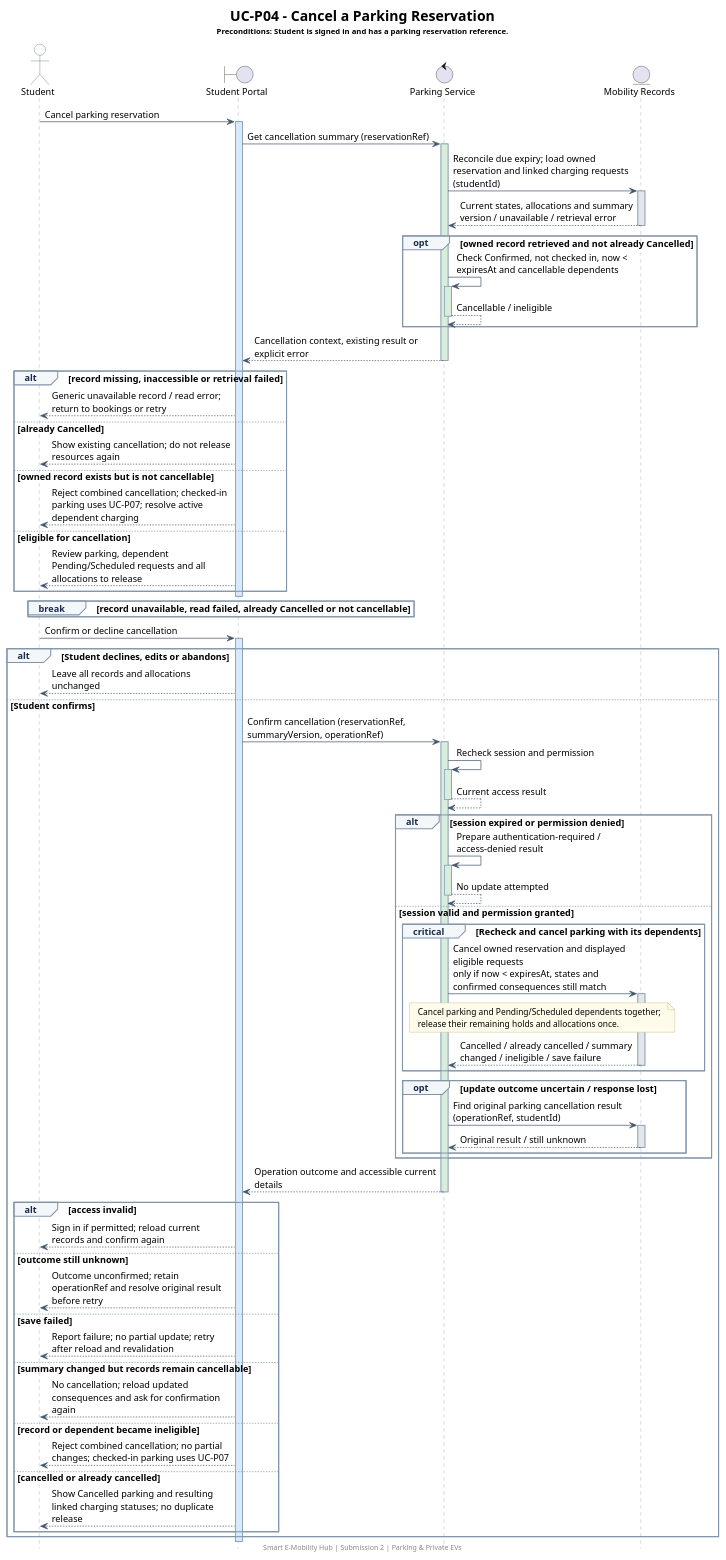
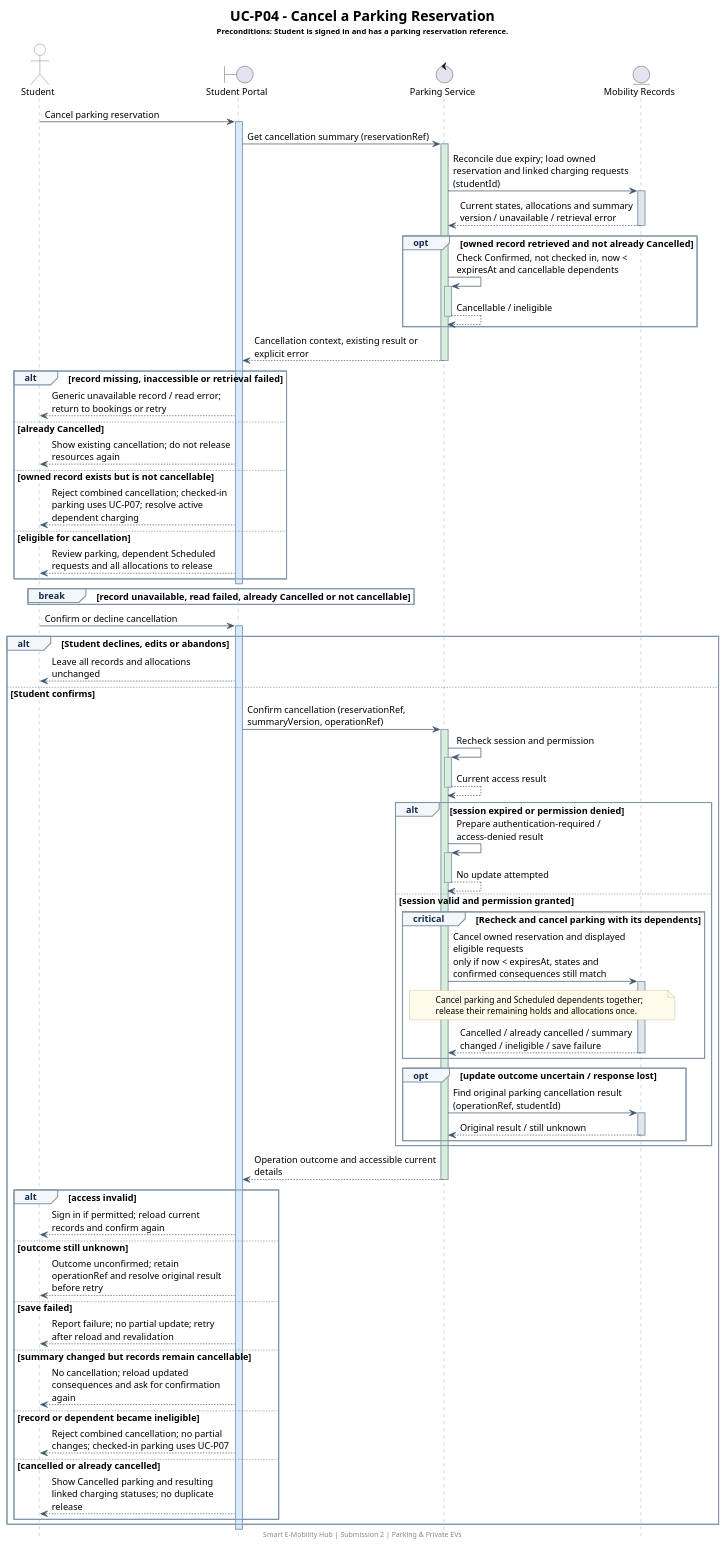
Before and after one commit to thanhpham1108/smart-e-mobility-hub: the diagram in docs/submission-2/sequence-diagrams/parking-private-ev/SD_CancelParkingReservation.puml, drawn with PlantUML. The commit also changed 59 other files, not shown here.

```diff
--- a/docs/submission-2/sequence-diagrams/parking-private-ev/SD_CancelParkingReservation.puml
+++ b/docs/submission-2/sequence-diagrams/parking-private-ev/SD_CancelParkingReservation.puml
@@ -1,124 +1,124 @@
 @startuml
 skinparam backgroundColor #FFFFFF
 skinparam shadowing false
 skinparam defaultFontName SansSerif
 skinparam defaultFontSize 13
 skinparam titleFontSize 20
 skinparam maxMessageSize 260
 skinparam ParticipantPadding 24
 skinparam BoxPadding 12
 skinparam sequence {
   ArrowColor #42566B
   LifeLineBorderColor #8295A8
   LifeLineBackgroundColor #D8EAFE
   ActivationBorderColor #42566B
   ParticipantBorderColor #42566B
   ParticipantBackgroundColor #E8F1FA
   ParticipantFontColor #172B4D
   ActorBorderColor #42566B
   ActorBackgroundColor #FFFFFF
   GroupBorderColor #8295A8
   GroupBackgroundColor #F4F7FA
   GroupHeaderFontColor #172B4D
   DividerBackgroundColor #E8F1FA
   DividerBorderColor #8295A8
 }
 skinparam note {
   BackgroundColor #FFFBEB
   BorderColor #BBA86A
   FontSize 12
 }
 hide footbox
 title
 UC-P04 - Cancel a Parking Reservation
 <size:11>Preconditions: Student is signed in and has a parking reservation reference.</size>
 end title
 actor Student as ST
 boundary "Student Portal" as UI
 control "Parking Service" as SVC
 entity "Mobility Records" as DATA
 
 ST -> UI: Cancel parking reservation
 activate UI #D8EAFE
 UI -> SVC: Get cancellation summary (reservationRef)
 activate SVC #D8EEDC
 SVC -> DATA: Reconcile due expiry; load owned reservation and linked charging requests (studentId)
 activate DATA #E2E7ED
 DATA --> SVC: Current states, allocations and summary version / unavailable / retrieval error
 deactivate DATA
 opt owned record retrieved and not already Cancelled
 SVC -> SVC: Check Confirmed, not checked in, now < expiresAt and cancellable dependents
 activate SVC #D8EEDC
 SVC --> SVC: Cancellable / ineligible
 deactivate SVC
 end
 SVC --> UI: Cancellation context, existing result or explicit error
 deactivate SVC
 alt record missing, inaccessible or retrieval failed
 UI --> ST: Generic unavailable record / read error; return to bookings or retry
 else already Cancelled
 UI --> ST: Show existing cancellation; do not release resources again
 else owned record exists but is not cancellable
 UI --> ST: Reject combined cancellation; checked-in parking uses UC-P07; resolve active dependent charging
 else eligible for cancellation
-UI --> ST: Review parking, dependent Pending/Scheduled requests and all allocations to release
+UI --> ST: Review parking, dependent Scheduled requests and all allocations to release
 end
 deactivate UI
 break record unavailable, read failed, already Cancelled or not cancellable
 
 end
 
 ST -> UI: Confirm or decline cancellation
 activate UI #D8EAFE
 alt Student declines, edits or abandons
 UI --> ST: Leave all records and allocations unchanged
 else Student confirms
 UI -> SVC: Confirm cancellation (reservationRef, summaryVersion, operationRef)
 activate SVC #D8EEDC
 SVC -> SVC: Recheck session and permission
 activate SVC #D8EEDC
 SVC --> SVC: Current access result
 deactivate SVC
 alt session expired or permission denied
 SVC -> SVC: Prepare authentication-required / access-denied result
 activate SVC #D8EEDC
 SVC --> SVC: No update attempted
 deactivate SVC
 else session valid and permission granted
 critical Recheck and cancel parking with its dependents
 SVC -> DATA: Cancel owned reservation and displayed eligible requests\nonly if now < expiresAt, states and confirmed consequences still match
 activate DATA #E2E7ED
 note over SVC,DATA
-  Cancel parking and Pending/Scheduled dependents together;
+  Cancel parking and Scheduled dependents together;
   release their remaining holds and allocations once.
 end note
 DATA --> SVC: Cancelled / already cancelled / summary changed / ineligible / save failure
 deactivate DATA
 end
 opt update outcome uncertain / response lost
 SVC -> DATA: Find original parking cancellation result (operationRef, studentId)
 activate DATA #E2E7ED
 DATA --> SVC: Original result / still unknown
 deactivate DATA
 end
 end
 SVC --> UI: Operation outcome and accessible current details
 deactivate SVC
 alt access invalid
 UI --> ST: Sign in if permitted; reload current records and confirm again
 else outcome still unknown
 UI --> ST: Outcome unconfirmed; retain operationRef and resolve original result before retry
 else save failed
 UI --> ST: Report failure; no partial update; retry after reload and revalidation
 else summary changed but records remain cancellable
 UI --> ST: No cancellation; reload updated consequences and ask for confirmation again
 else record or dependent became ineligible
 UI --> ST: Reject combined cancellation; no partial changes; checked-in parking uses UC-P07
 else cancelled or already cancelled
 UI --> ST: Show Cancelled parking and resulting linked charging statuses; no duplicate release
 end
 end
 deactivate UI
 
 footer Smart E-Mobility Hub | Submission 2 | Parking & Private EVs
 @enduml
```
